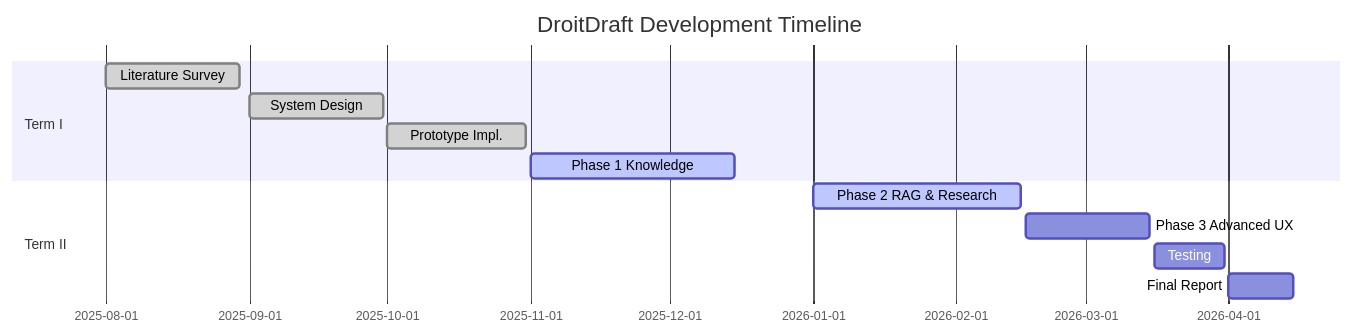
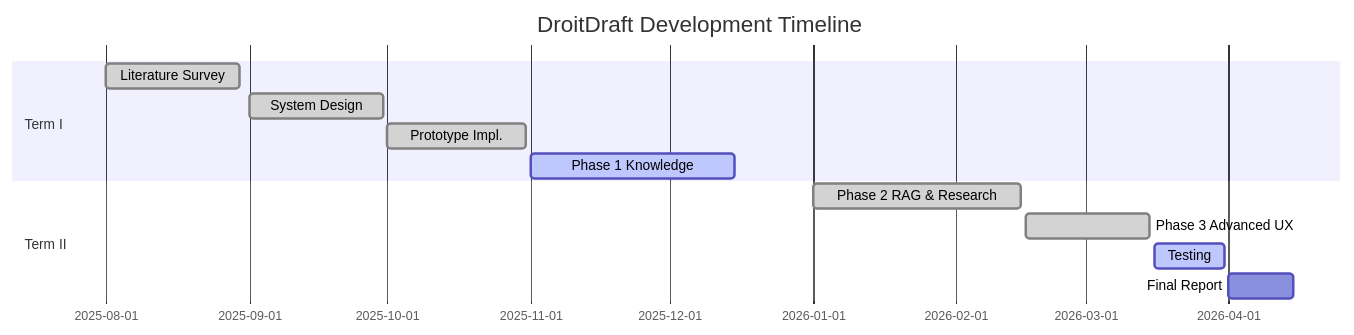
Before and after one commit to delisha02/droitdraft: the sixth of 6 diagrams in docs/analysis_modeling.md, drawn with Mermaid. The commit also changed other lines of this file and 3 other files, not shown here.

````diff
--- a/docs/analysis_modeling.md
+++ b/docs/analysis_modeling.md
@@ -156,15 +156,15 @@
 ```mermaid
 gantt
     title DroitDraft Development Timeline
     dateFormat  YYYY-MM-DD
     section Term I
     Literature Survey       :done,    des1, 2025-08-01, 2025-08-30
     System Design           :done,    des2, 2025-09-01, 2025-09-30
     Prototype Impl.         :done,    des3, 2025-10-01, 2025-10-31
     Phase 1 Knowledge       :active,  des4, 2025-11-01, 2025-12-15
     section Term II
-    Phase 2 RAG & Research  :active,  dev1, 2026-01-01, 2026-02-15
-    Phase 3 Advanced UX     :         dev2, 2026-02-16, 2026-03-15
-    Testing                 :         dev3, 2026-03-16, 2026-03-31
+    Phase 2 RAG & Research  :done,    dev1, 2026-01-01, 2026-02-15
+    Phase 3 Advanced UX     :done,    dev2, 2026-02-16, 2026-03-15
+    Testing                 :active,  dev3, 2026-03-16, 2026-03-31
     Final Report            :         dev4, 2026-04-01, 2026-04-15
 ```
````
